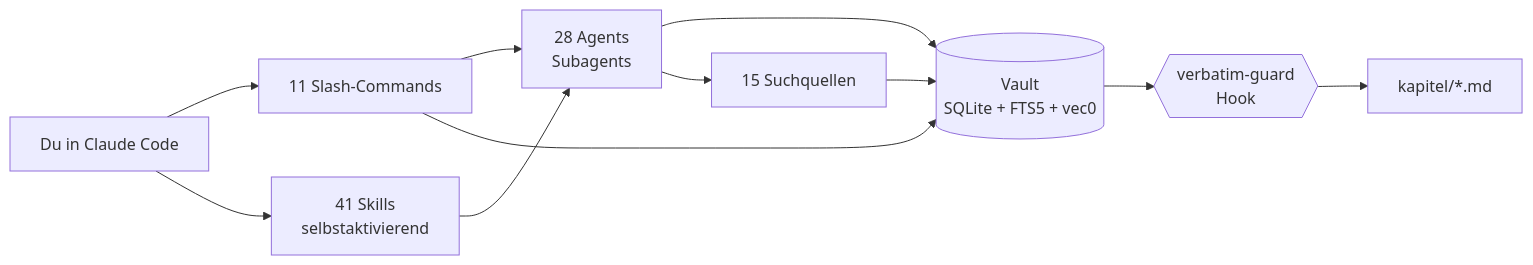
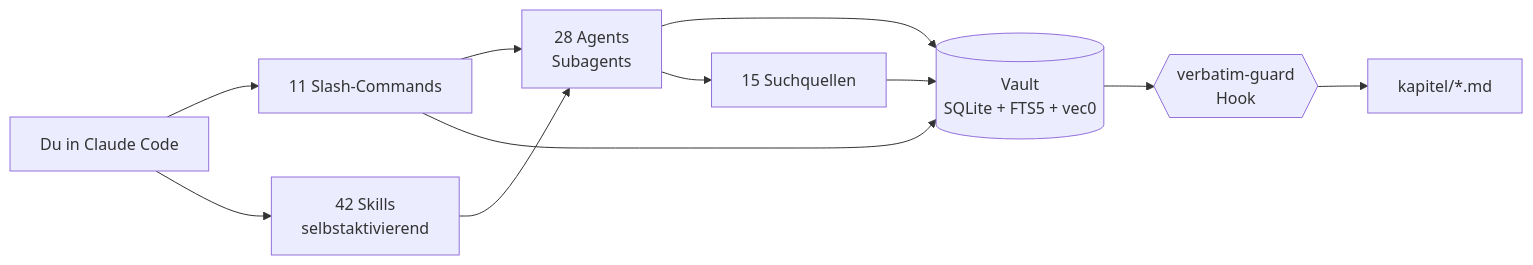
One commit to ahlerjam/academic-research changed the diagram in README.md. Above: the diagram before and after it, drawn with Mermaid. The commit also changed other lines of this file and 18 other files, not shown here.

````diff
--- a/README.md
+++ b/README.md
@@ -78,13 +78,13 @@
 ```mermaid
 graph LR
     U[Du in Claude Code] --> C[11 Slash-Commands]
-    U --> S[41 Skills<br/>selbstaktivierend]
+    U --> S[42 Skills<br/>selbstaktivierend]
     C --> A[28 Agents<br/>Subagents]
     S --> A
     A --> V[(Vault<br/>SQLite + FTS5 + vec0)]
     C --> V
     A --> Q[15 Suchquellen]
     Q --> V
     V --> H{{verbatim-guard<br/>Hook}}
     H --> K[kapitel/*.md]
 ```
````
